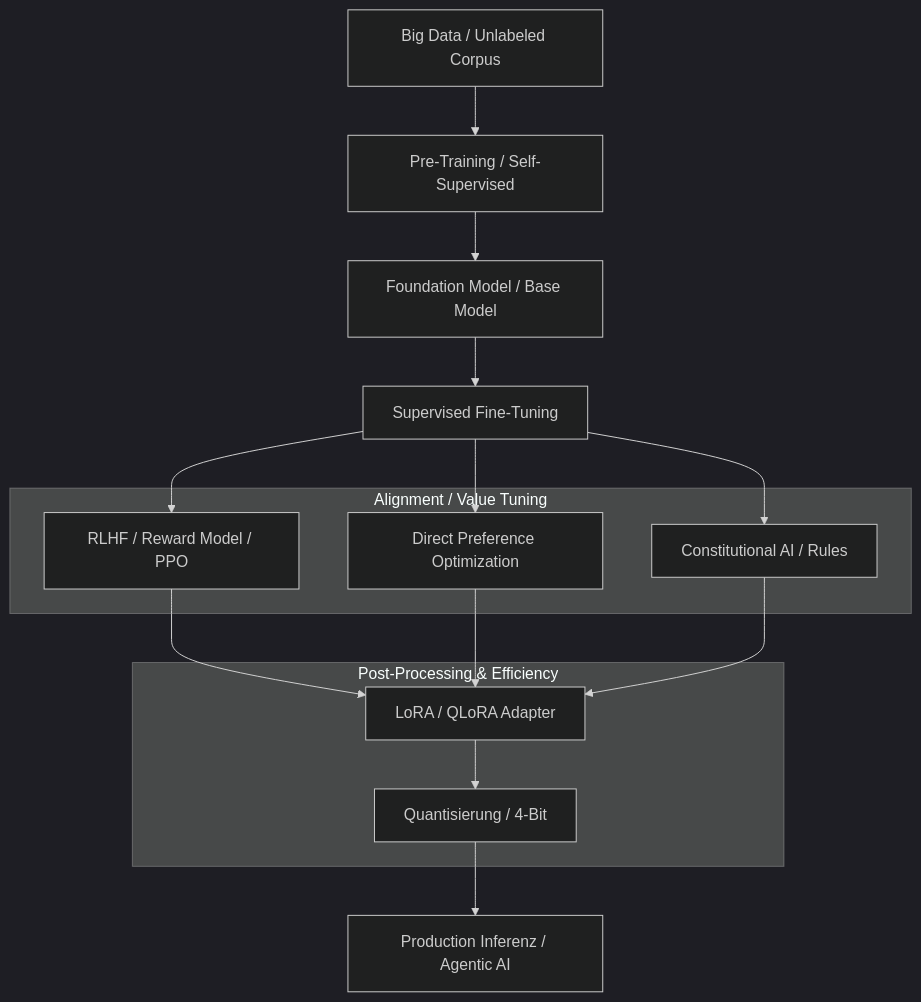
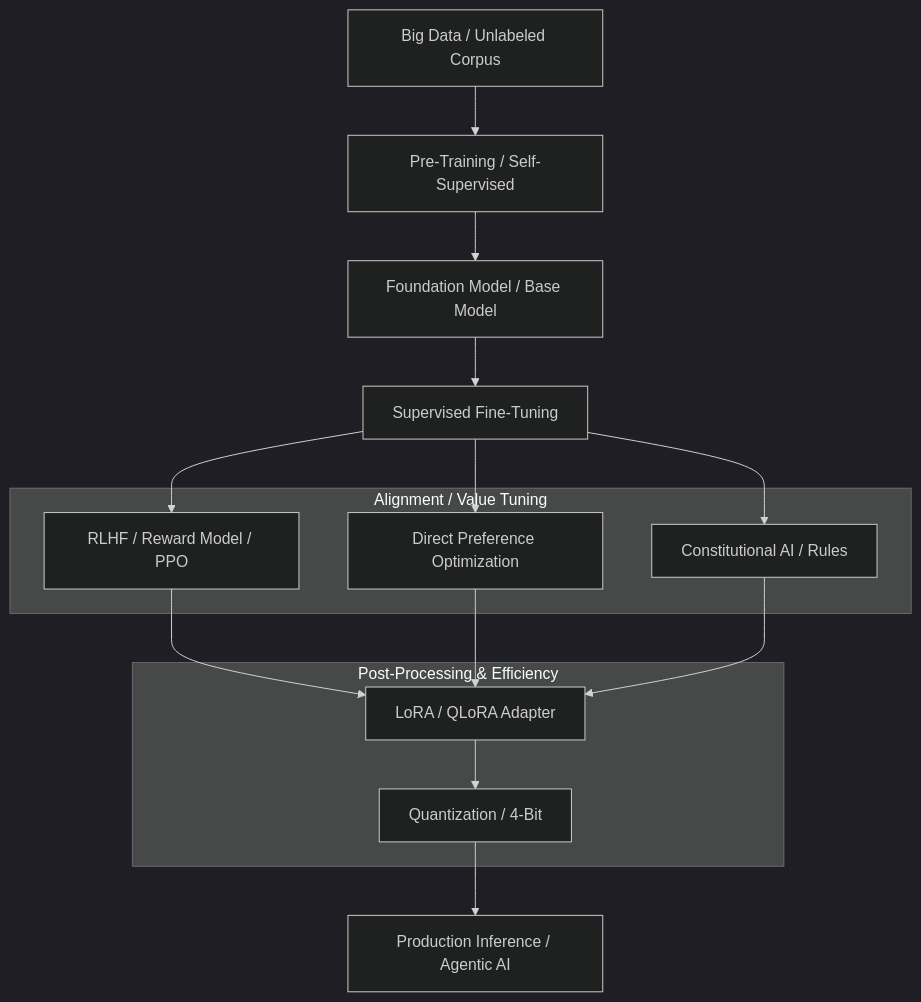
The tenth of 19 diagrams in glossary/rendered/AI-Glossary.md (roger-infanger-weibel/ghostwriter.ai), drawn with Mermaid (dark theme) before and after one commit. The commit also changed other lines of this file and 24 other files, not shown here.

````diff
--- a/glossary/rendered/AI-Glossary.md
+++ b/glossary/rendered/AI-Glossary.md
@@ -327,26 +327,26 @@
 ```mermaid
 graph TD
     Data[Big Data / Unlabeled Corpus] --> Pre[Pre-Training / Self-Supervised]
     Pre --> FM[Foundation Model / Base Model]
-    
+
     FM --> SFT[Supervised Fine-Tuning]
-    
+
     subgraph "Alignment / Value Tuning"
         RLHF[RLHF / Reward Model / PPO]
         DPO[Direct Preference Optimization]
         CAI[Constitutional AI / Rules]
     end
-    
+
     SFT --> RLHF
     SFT --> DPO
     SFT --> CAI
-    
+
     subgraph "Post-Processing & Efficiency"
         LoRA[LoRA / QLoRA Adapter]
-        Quant[Quantisierung / 4-Bit]
+        Quant[Quantization / 4-Bit]
     end
-    
+
     RLHF & DPO & CAI --> LoRA
     LoRA --> Quant
-    Quant --> Deploy[Production Inferenz / Agentic AI]
+    Quant --> Deploy[Production Inference / Agentic AI]
 ```
````
